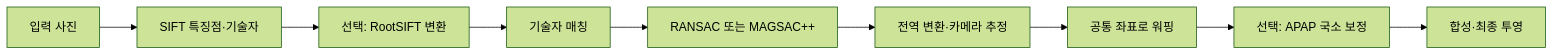
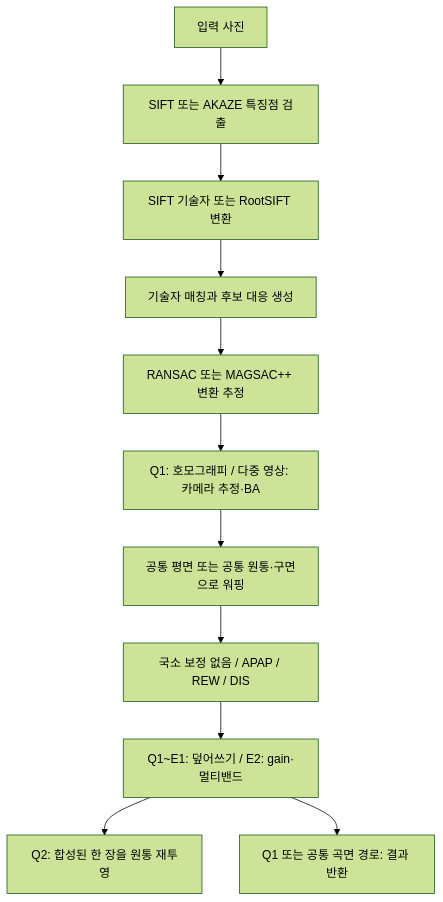
Before and after one commit to jungejblue/IS_ws: the diagram in docs/algorithm.md, drawn with Mermaid (forest theme). The commit also changed other lines of this file and 29 other files, not shown here.

````diff
--- a/docs/algorithm.md
+++ b/docs/algorithm.md
@@ -5,11 +3,13 @@
 ```mermaid
-flowchart LR
-    A[입력 사진] --> B[SIFT 특징점·기술자]
-    B --> C[선택: RootSIFT 변환]
-    C --> D[기술자 매칭]
-    D --> E[RANSAC 또는 MAGSAC++]
-    E --> F[전역 변환·카메라 추정]
-    F --> G[공통 좌표로 워핑]
-    G --> H[선택: APAP 국소 보정]
-    H --> I[합성·최종 투영]
+flowchart TD
+    A[입력 사진] --> B[SIFT 또는 AKAZE 특징점 검출]
+    B --> C[SIFT 기술자 또는 RootSIFT 변환]
+    C --> D[기술자 매칭과 후보 대응 생성]
+    D --> E[RANSAC 또는 MAGSAC++ 변환 추정]
+    E --> F[Q1: 호모그래피 / 다중 영상: 카메라 추정·BA]
+    F --> G[공통 평면 또는 공통 원통·구면으로 워핑]
+    G --> H[국소 보정 없음 / APAP / REW / DIS]
+    H --> I[Q1~E1: 덮어쓰기 / E2: gain·멀티밴드]
+    I --> J[Q2: 합성된 한 장을 원통 재투영]
+    I --> K[Q1 또는 공통 곡면 경로: 결과 반환]
 ```
````
